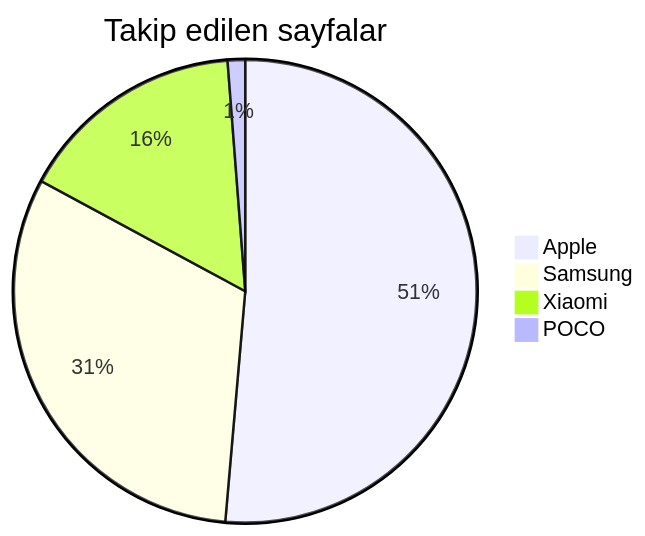
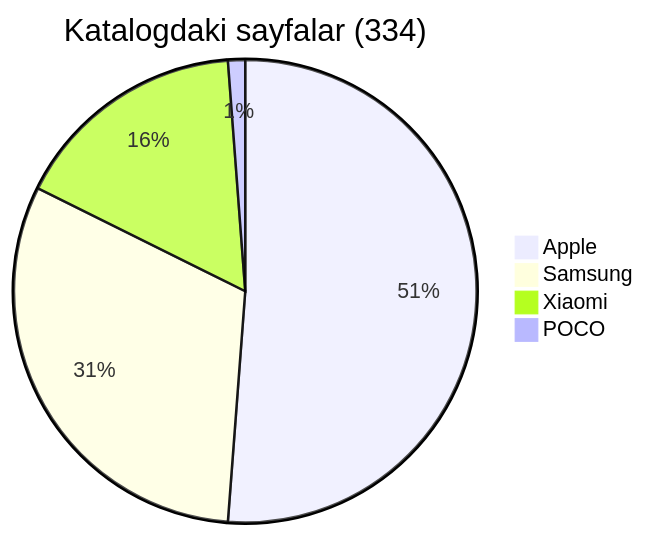
The fourth of 4 diagrams in README.md (Emir-Ars/Urun-indirim-takip), drawn with Mermaid before and after one commit. The commit also changed other lines of this file and 17 other files, not shown here.

````diff
--- a/README.md
+++ b/README.md
@@ -94,7 +94,7 @@
 ```mermaid
-pie title Takip edilen sayfalar
-    "Apple" : 168
-    "Samsung" : 103
-    "Xiaomi" : 52
+pie title Katalogdaki sayfalar (334)
+    "Apple" : 171
+    "Samsung" : 104
+    "Xiaomi" : 55
     "POCO" : 4
 ```
````
